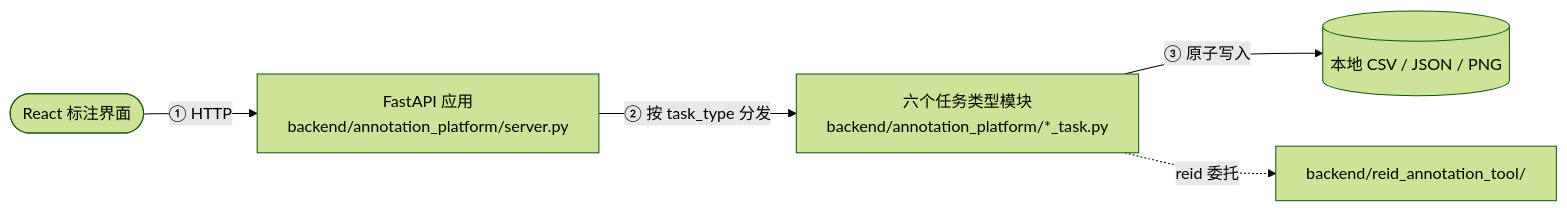
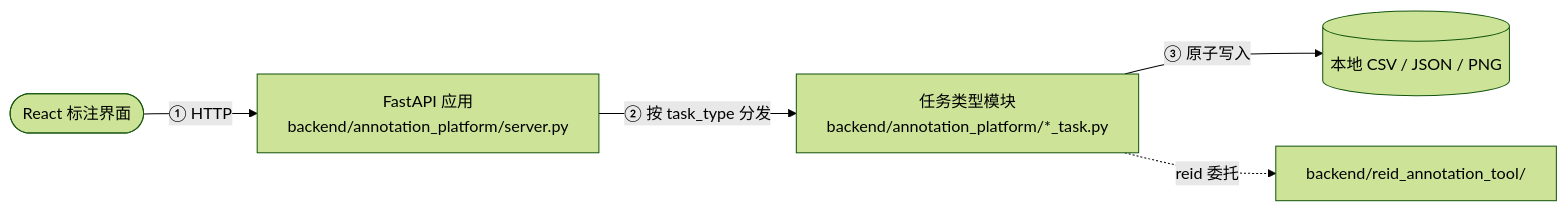
The diagram in README.md (seagochen/annotation-toolkits), drawn with Mermaid (forest theme) before and after one commit. The commit also changed other lines of this file and 31 other files, not shown here.

````diff
--- a/README.md
+++ b/README.md
@@ -18,7 +18,7 @@
 ```mermaid
 flowchart LR
     Browser(["React 标注界面"]) -- "① HTTP" --> API["FastAPI 应用<br/>backend/annotation_platform/server.py"]
-    API -- "② 按 task_type 分发" --> Modules["六个任务类型模块<br/>backend/annotation_platform/*_task.py"]
+    API -- "② 按 task_type 分发" --> Modules["任务类型模块<br/>backend/annotation_platform/*_task.py"]
     Modules -- "③ 原子写入" --> Files[("本地 CSV / JSON / PNG")]
     Modules -. "reid 委托" .-> ReID["backend/reid_annotation_tool/"]
 ```
````
